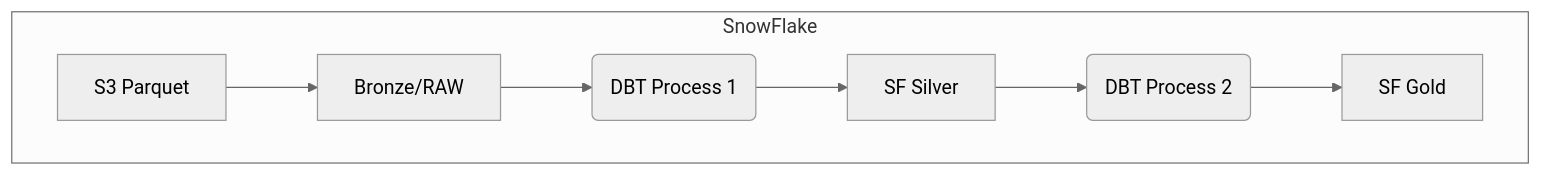
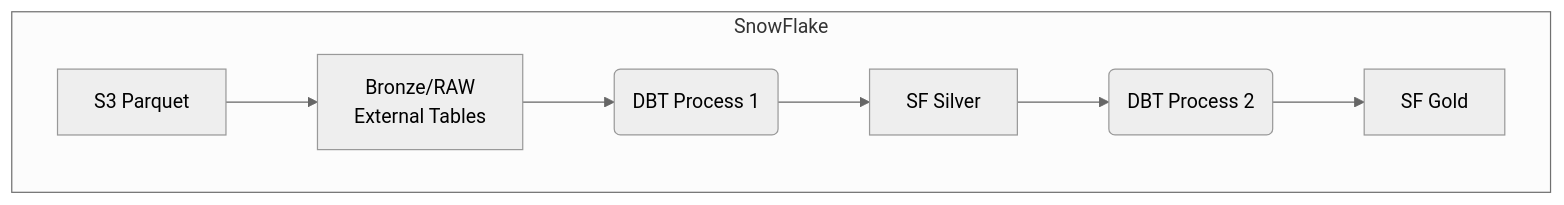
One commit to peddadap/design_templates changed the eighth of 11 diagrams in README.md. Above: the diagram before and after it, drawn with Mermaid (neutral theme). The commit also changed other lines of this file, not shown here.

Commit message:
updated flows and index

````diff
--- a/README.md
+++ b/README.md
@@ -260,11 +285,11 @@
 ``` mermaid
 graph TB
     subgraph SnowFlake
-        SF.A[S3 Parquet]-->SF.B[Bronze/RAW]
+        SF.A[S3 Parquet]-->SF.B[Bronze/RAW \n External Tables]
         SF.B-->SF.C(DBT Process 1)
         SF.C-->SF.D[SF Silver]
         SF.D -->SF.E(DBT Process 2)
         SF.E --> SF.F[ SF Gold ]
 end
 
 ```
````
